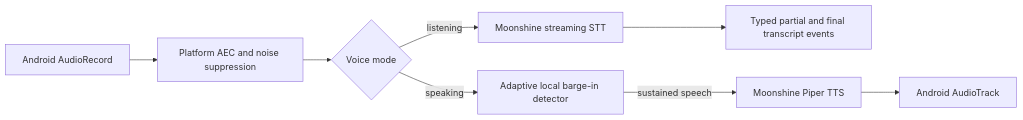
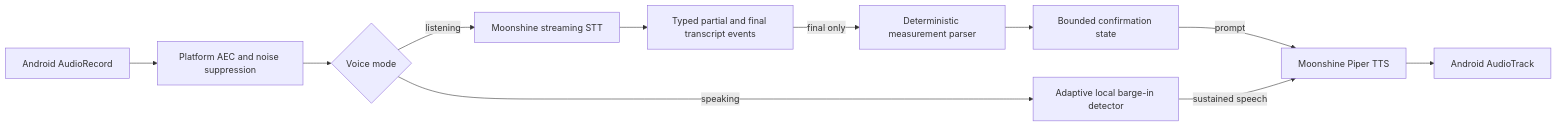
One commit to TokitoAI/tokito-app changed the diagram in docs/VOICE_RUNTIME.md. Above: the diagram before and after it, drawn with Mermaid. The commit also changed other lines of this file and 21 other files, not shown here.

Commit message:
feat(voice): add deterministic measurement confirmation #20

````diff
--- a/docs/VOICE_RUNTIME.md
+++ b/docs/VOICE_RUNTIME.md
@@ -23,17 +28,21 @@
 ```mermaid
 flowchart LR
     Mic[Android AudioRecord]
     AEC[Platform AEC and noise suppression]
     Mode{Voice mode}
     STT[Moonshine streaming STT]
     Events[Typed partial and final transcript events]
+    Parser[Deterministic measurement parser]
+    Confirm[Bounded confirmation state]
     TTS[Moonshine Piper TTS]
     Speaker[Android AudioTrack]
     VAD[Adaptive local barge-in detector]
 
     Mic --> AEC --> Mode
     Mode -->|listening| STT --> Events
+    Events -->|final only| Parser --> Confirm
+    Confirm -->|prompt| TTS
     Mode -->|speaking| VAD
     TTS --> Speaker
     VAD -->|sustained speech| TTS
 ```
````
